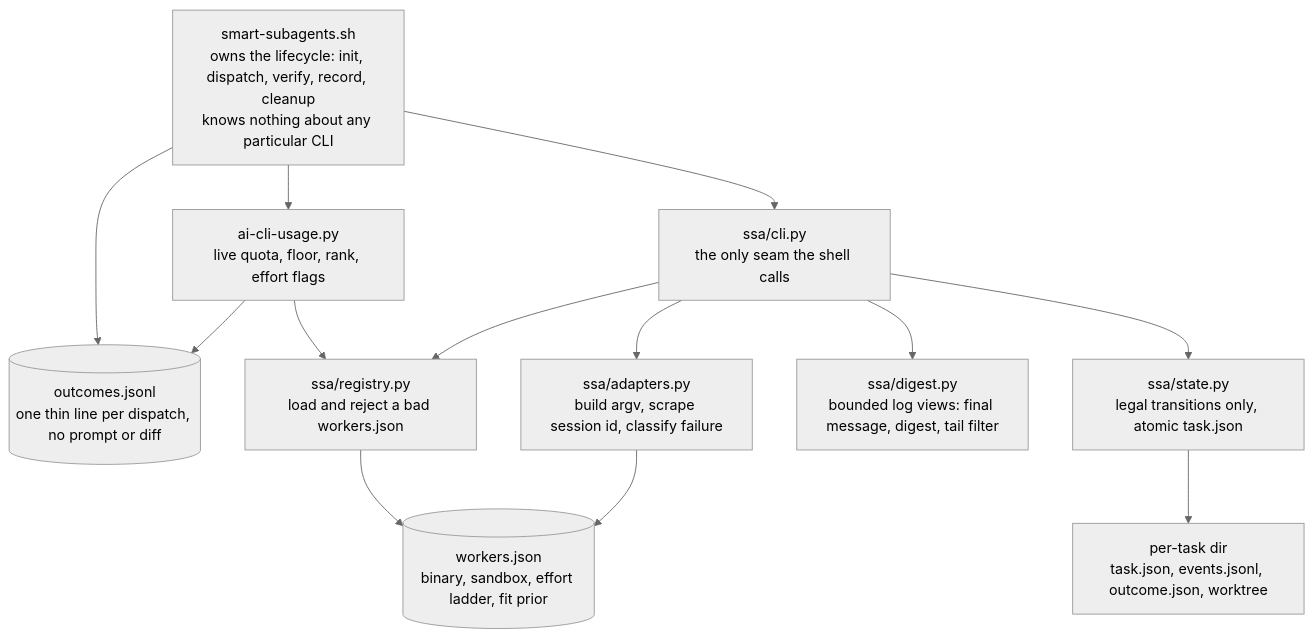
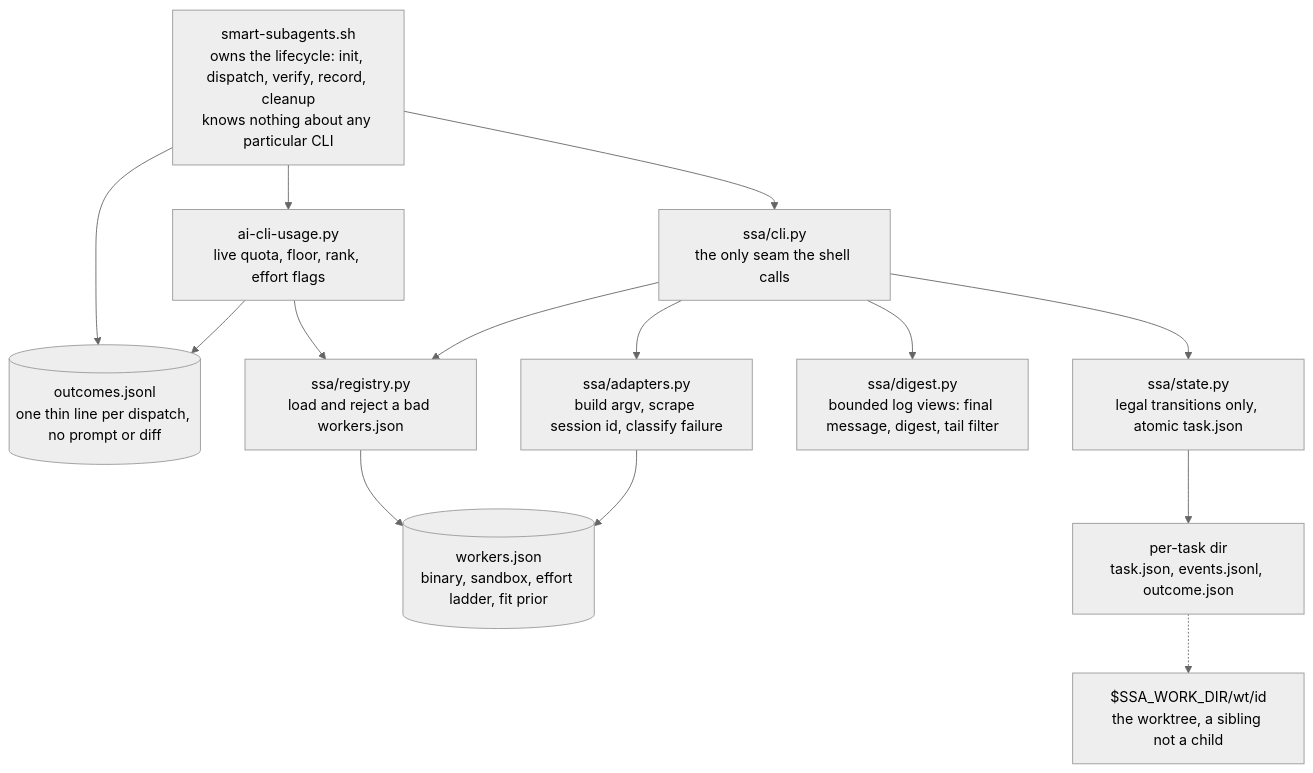
The first of 2 diagrams in docs/ARCHITECTURE.md (m-esm/smart-subagents), drawn with Mermaid (neutral theme) before and after one commit. The commit also changed other lines of this file and 8 other files, not shown here.

````diff
--- a/docs/ARCHITECTURE.md
+++ b/docs/ARCHITECTURE.md
@@ -7,16 +7,17 @@
 ```mermaid
 flowchart TB
     SH["smart-subagents.sh<br/>owns the lifecycle: init, dispatch, verify, record, cleanup<br/>knows nothing about any particular CLI"]
     SH --> CLI["ssa/cli.py<br/>the only seam the shell calls"]
     SH --> USAGE["ai-cli-usage.py<br/>live quota, floor, rank, effort flags"]
     SH --> LEDGER[("outcomes.jsonl<br/>one thin line per dispatch, no prompt or diff")]
     USAGE --> LEDGER
     USAGE --> REG["ssa/registry.py<br/>load and reject a bad workers.json"]
     CLI --> REG
     CLI --> ADAPT["ssa/adapters.py<br/>build argv, scrape session id, classify failure"]
     CLI --> DIGEST["ssa/digest.py<br/>bounded log views: final message, digest, tail filter"]
     CLI --> ST["ssa/state.py<br/>legal transitions only, atomic task.json"]
     REG --> WJ[("workers.json<br/>binary, sandbox, effort ladder, fit prior")]
     ADAPT --> WJ
-    ST --> TD["per-task dir<br/>task.json, events.jsonl, outcome.json, worktree"]
+    ST --> TD["per-task dir<br/>task.json, events.jsonl, outcome.json"]
+    TD -.-> WT["$SSA_WORK_DIR/wt/id<br/>the worktree, a sibling not a child"]
 ```
````
